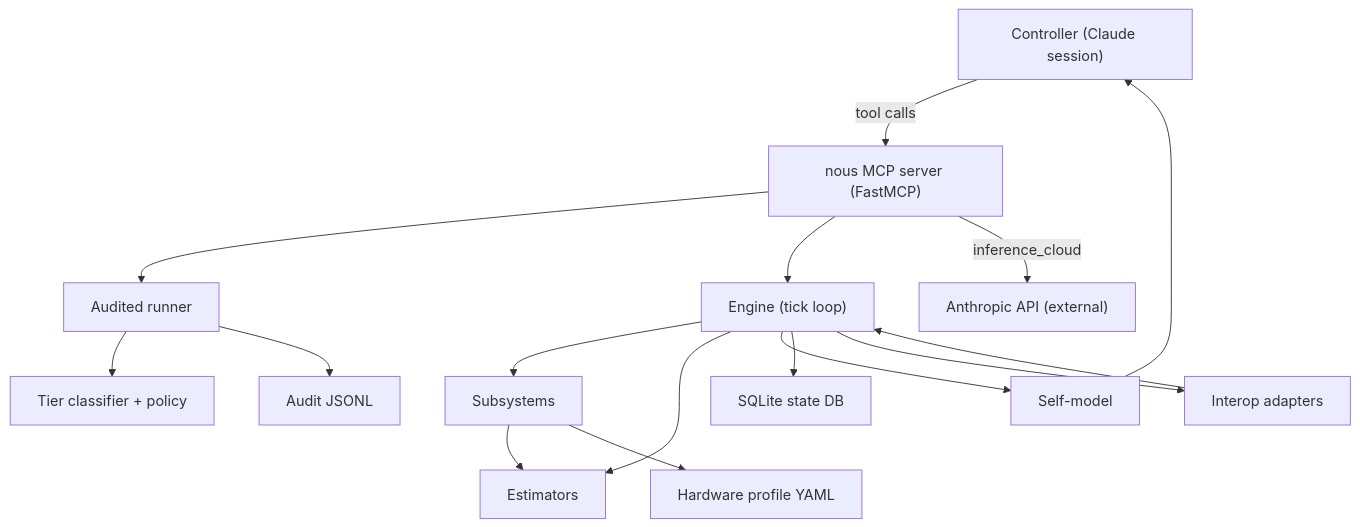
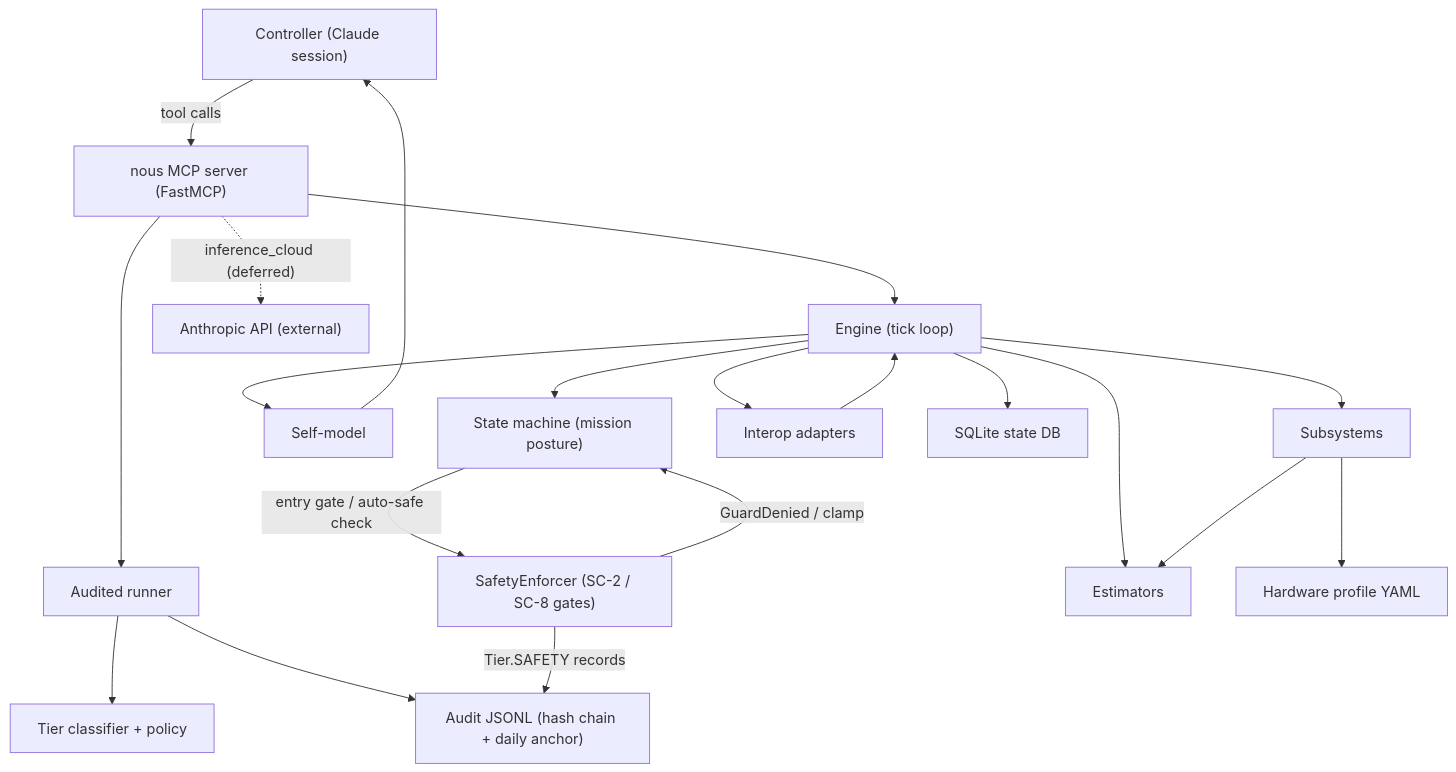
The diagram in docs/stpa/06-control-structure.md (rmednitzer/nous), drawn with Mermaid before and after one commit. The commit also changed other lines of this file and 10 other files, not shown here.

````diff
--- a/docs/stpa/06-control-structure.md
+++ b/docs/stpa/06-control-structure.md
@@ -3,31 +3,37 @@
 ```mermaid
 flowchart TD
     Controller["Controller (Claude session)"]
     Server["nous MCP server (FastMCP)"]
     Runner["Audited runner"]
     Policy["Tier classifier + policy"]
     Engine["Engine (tick loop)"]
+    FSM["State machine (mission posture)"]
+    Enforcer["SafetyEnforcer (SC-2 / SC-8 gates)"]
     SelfModel["Self-model"]
     Estimators["Estimators"]
     Subsystems["Subsystems"]
     Profile["Hardware profile YAML"]
     Adapters["Interop adapters"]
-    Audit["Audit JSONL"]
+    Audit["Audit JSONL (hash chain + daily anchor)"]
     DB["SQLite state DB"]
     Anthropic["Anthropic API (external)"]
 
     Controller -->|tool calls| Server
     Server --> Runner --> Policy
     Runner --> Audit
     Server --> Engine
+    Engine --> FSM
+    FSM -->|"entry gate / auto-safe check"| Enforcer
+    Enforcer -->|"GuardDenied / clamp"| FSM
+    Enforcer -->|"Tier.SAFETY records"| Audit
     Engine --> Subsystems
     Engine --> Estimators
     Engine --> SelfModel
     SelfModel --> Controller
     Subsystems --> Estimators
     Subsystems --> Profile
     Engine --> DB
     Adapters --> Engine
     Engine --> Adapters
-    Server -->|"inference_cloud"| Anthropic
+    Server -.->|"inference_cloud (deferred)"| Anthropic
 ```
````
